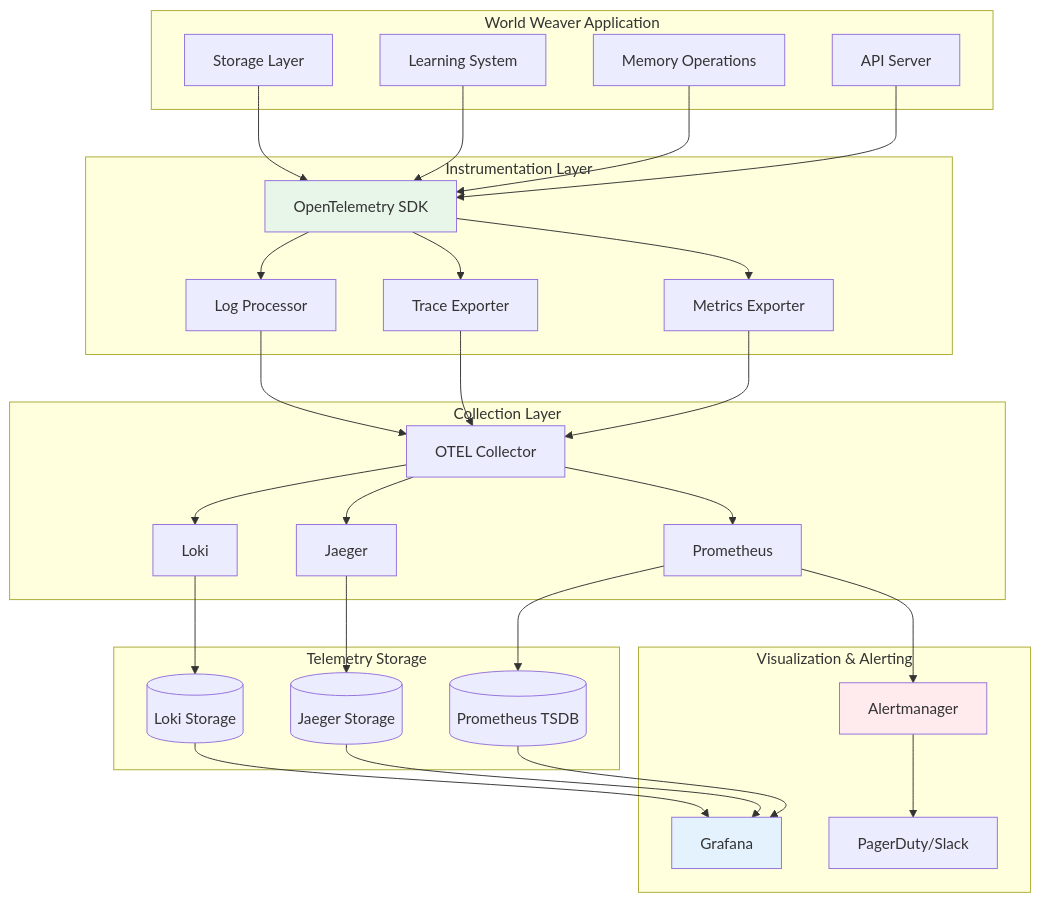
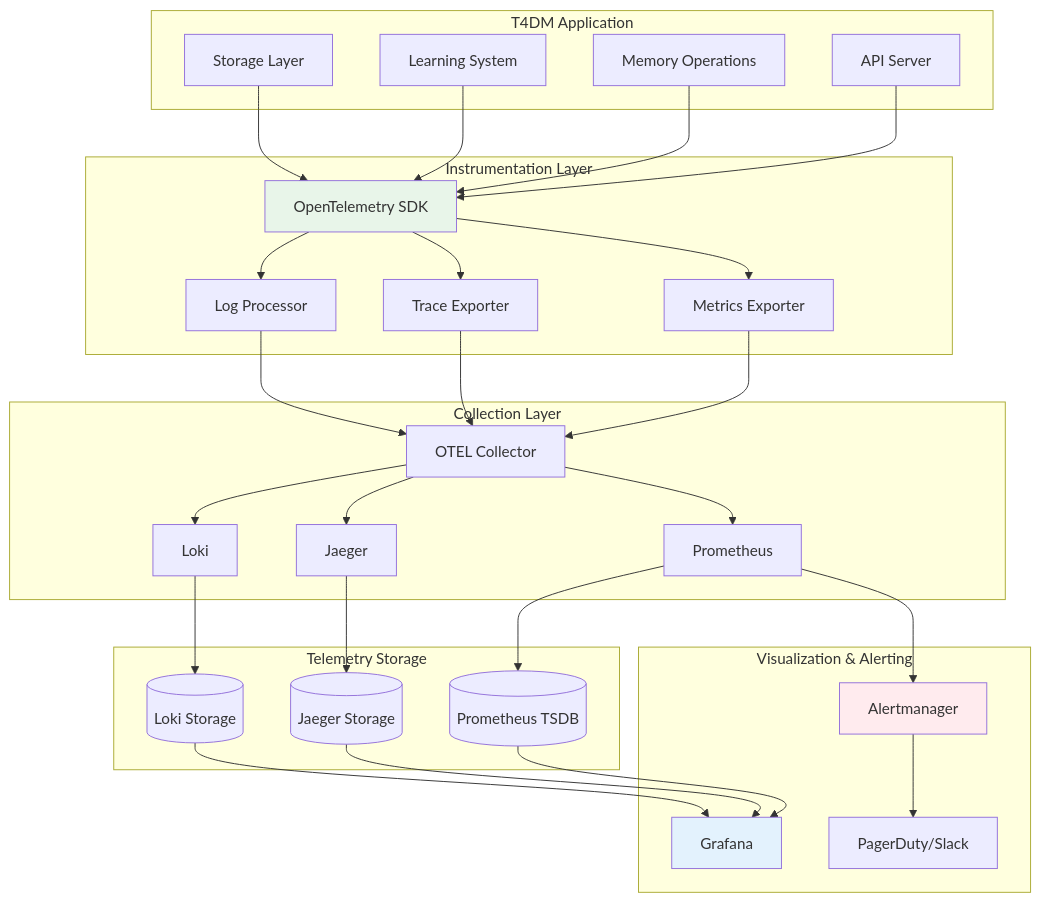
The third of 9 diagrams in docs/operations/monitoring.md (astoreyai/t4d), drawn with Mermaid before and after one commit. The commit also changed other lines of this file and 394 other files, not shown here.

First line of the commit message:
Bulk rename World Weaver→T4DM across all documentation, diagrams, skills, agents

````diff
--- a/docs/operations/monitoring.md
+++ b/docs/operations/monitoring.md
@@ -310,67 +310,67 @@
 ```mermaid
 graph TB
-    subgraph Application["World Weaver Application"]
+    subgraph Application["T4DM Application"]
         API[API Server]
         MEM[Memory Operations]
         LEARN[Learning System]
         STORE[Storage Layer]
     end
 
     subgraph Instrumentation["Instrumentation Layer"]
         OTEL_SDK[OpenTelemetry SDK]
         METRICS[Metrics Exporter]
         TRACES[Trace Exporter]
         LOGS[Log Processor]
     end
 
     subgraph Collection["Collection Layer"]
         OTEL_COL[OTEL Collector]
         PROM[Prometheus]
         JAEGER[Jaeger]
         LOKI[Loki]
     end
 
     subgraph Storage["Telemetry Storage"]
         PROM_DB[(Prometheus TSDB)]
         JAEGER_DB[(Jaeger Storage)]
         LOKI_DB[(Loki Storage)]
     end
 
     subgraph Visualization["Visualization & Alerting"]
         GRAFANA[Grafana]
         ALERT[Alertmanager]
         PAGER[PagerDuty/Slack]
     end
 
     API --> OTEL_SDK
     MEM --> OTEL_SDK
     LEARN --> OTEL_SDK
     STORE --> OTEL_SDK
 
     OTEL_SDK --> METRICS
     OTEL_SDK --> TRACES
     OTEL_SDK --> LOGS
 
     METRICS --> OTEL_COL
     TRACES --> OTEL_COL
     LOGS --> OTEL_COL
 
     OTEL_COL --> PROM
     OTEL_COL --> JAEGER
     OTEL_COL --> LOKI
 
     PROM --> PROM_DB
     JAEGER --> JAEGER_DB
     LOKI --> LOKI_DB
 
     PROM_DB --> GRAFANA
     JAEGER_DB --> GRAFANA
     LOKI_DB --> GRAFANA
 
     PROM --> ALERT
     ALERT --> PAGER
 
     style OTEL_SDK fill:#e8f5e9
     style GRAFANA fill:#e3f2fd
     style ALERT fill:#ffebee
 ```
````
